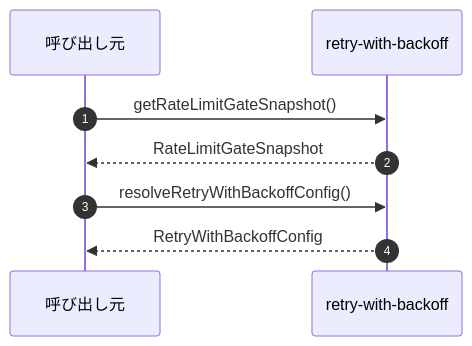
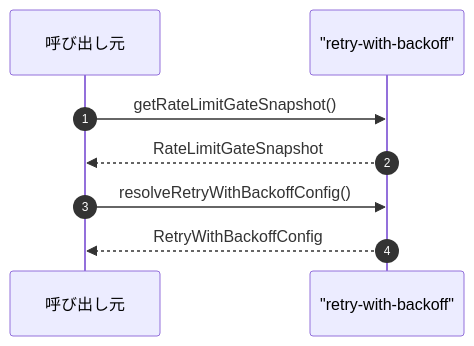
One commit to Mekann2904/mekann changed the third of 3 diagrams in ABDD/.pi/lib/retry-with-backoff.md. Above: the diagram before and after it, drawn with Mermaid. The commit also changed other lines of this file and 152 other files, not shown here.

First line of the commit message:
fix: Mermaid図のラベル内の特殊文字をエスケープする

````diff
--- a/ABDD/.pi/lib/retry-with-backoff.md
+++ b/ABDD/.pi/lib/retry-with-backoff.md
@@ -115,12 +115,12 @@
 ```mermaid
 sequenceDiagram
   autonumber
   participant Caller as 呼び出し元
-  participant retry_with_backoff as retry-with-backoff
+  participant retry_with_backoff as "retry-with-backoff"
 
   Caller->>retry_with_backoff: getRateLimitGateSnapshot()
   retry_with_backoff-->>Caller: RateLimitGateSnapshot
 
   Caller->>retry_with_backoff: resolveRetryWithBackoffConfig()
   retry_with_backoff-->>Caller: RetryWithBackoffConfig
 ```
````
